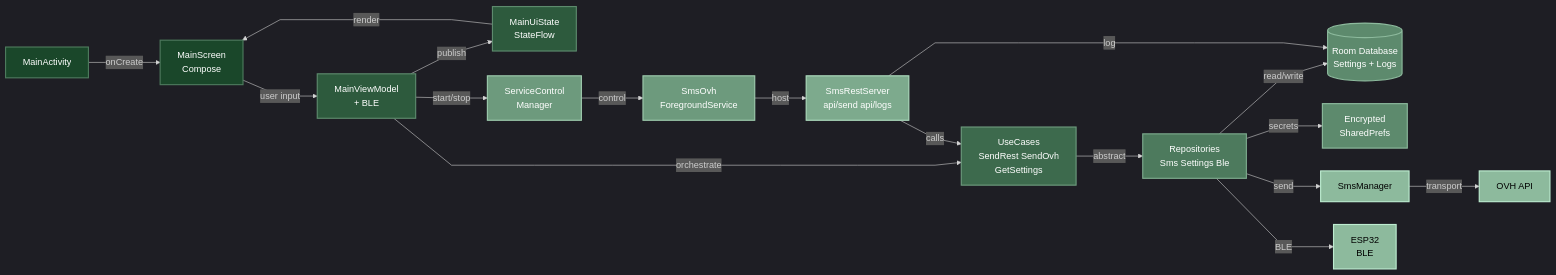
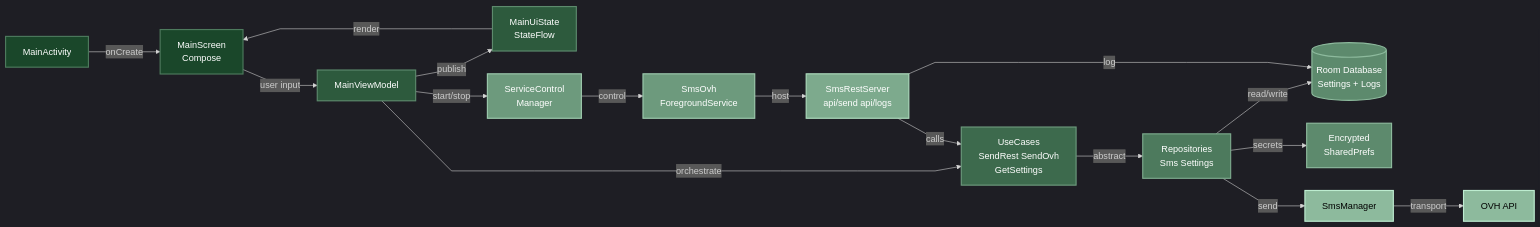
One commit to nemo2506/MS-MMS-RESTFULL changed the diagram in README.md. Above: the diagram before and after it, drawn with Mermaid. The commit also changed other lines of this file and 43 other files, not shown here.

````diff
--- a/README.md
+++ b/README.md
@@ -37,55 +37,53 @@
 ```mermaid
 %%{init: {'flowchart': {'curve': 'linear', 'rankSpacing': 60, 'nodeSpacing': 40}, 'theme': 'dark'}}%%
 flowchart LR
     Activity[MainActivity]
     Screen["MainScreen<br/>Compose"]
-    ViewModel["MainViewModel<br/>+ BLE"]
+    ViewModel["MainViewModel"]
     State["MainUiState<br/>StateFlow"]
     UC1["UseCases<br/>SendRest SendOvh<br/>GetSettings"]
-    Repository["Repositories<br/>Sms Settings Ble"]
+    Repository["Repositories<br/>Sms Settings"]
     Room[("Room Database<br/>Settings + Logs")]
     Crypto["Encrypted<br/>SharedPrefs"]
     Manager["ServiceControl<br/>Manager"]
     FG["SmsOvh<br/>ForegroundService"]
     Server["SmsRestServer<br/>api/send api/logs"]
     SMS["SmsManager"]
     OVH["OVH API"]
-    BLE["ESP32<br/>BLE"]
     
     Activity -->|onCreate| Screen
     Screen -->|user input| ViewModel
     ViewModel -->|publish| State
     State -->|render| Screen
     
     ViewModel -->|orchestrate| UC1
     UC1 -->|abstract| Repository
     Repository -->|read/write| Room
     Repository -->|secrets| Crypto
     Repository -->|send| SMS
     SMS -->|transport| OVH
-    Repository -->|BLE| BLE
     
     ViewModel -->|start/stop| Manager
     Manager -->|control| FG
     FG -->|host| Server
     Server -->|calls| UC1
     Server -->|log| Room
     
     classDef uiLayer fill:#1a472a,color:#fff,stroke:#4d7a5d,stroke-width:2px
     classDef vmLayer fill:#2d5a3d,color:#fff,stroke:#5d8a6d,stroke-width:2px
     classDef useLayer fill:#3d6a4d,color:#fff,stroke:#6d9a7d,stroke-width:2px
     classDef repoLayer fill:#4d7a5d,color:#fff,stroke:#7daa8d,stroke-width:2px
     classDef storageLayer fill:#5d8a6d,color:#fff,stroke:#8dba9d,stroke-width:2px
     classDef serviceLayer fill:#6d9a7d,color:#fff,stroke:#9dcaad,stroke-width:2px
     classDef restLayer fill:#7daa8d,color:#fff,stroke:#addbbd,stroke-width:2px
     classDef extLayer fill:#8dba9d,color:#000,stroke:#bdecd0,stroke-width:2px
     
     class Activity,Screen uiLayer
     class ViewModel,State vmLayer
     class UC1 useLayer
     class Repository repoLayer
     class Room,Crypto storageLayer
     class Manager,FG serviceLayer
     class Server restLayer
     class SMS,OVH,BLE extLayer
 ```
````
